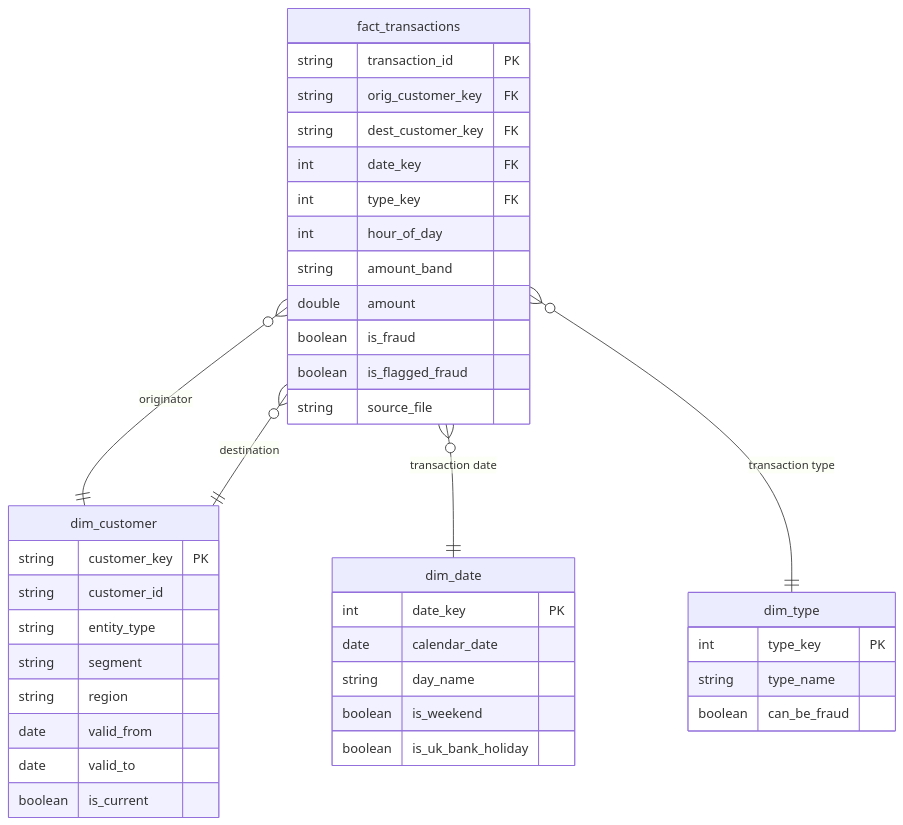
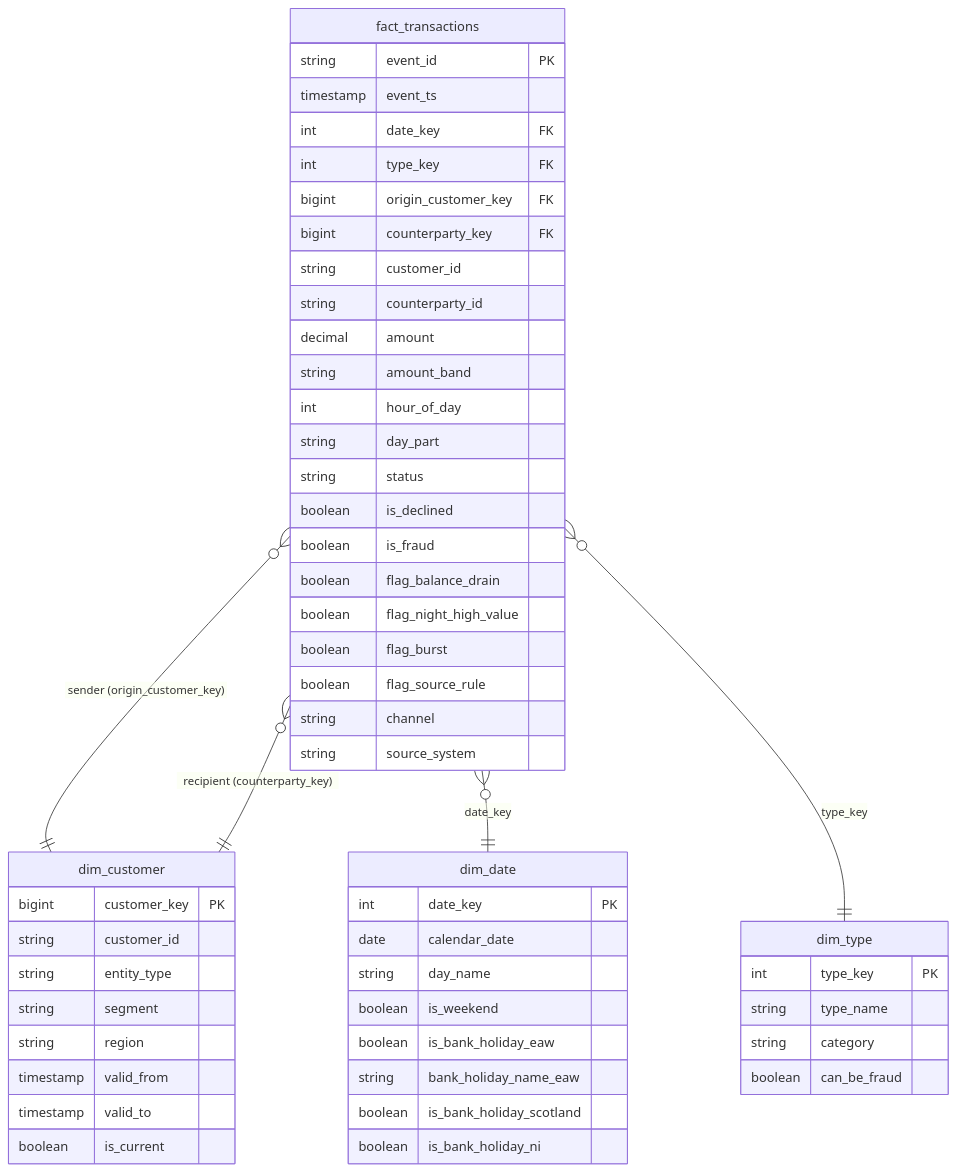
One commit to Babu3097/payments-fraud-lakehouse changed the diagram in docs/data_model.md. Above: the diagram before and after it, drawn with Mermaid. The commit also changed other lines of this file and 8 other files, not shown here.

````diff
--- a/docs/data_model.md
+++ b/docs/data_model.md
@@ -16,43 +18,57 @@
 ```mermaid
 erDiagram
-    fact_transactions }o--|| dim_customer : "originator"
-    fact_transactions }o--|| dim_customer : "destination"
-    fact_transactions }o--|| dim_date : "transaction date"
-    fact_transactions }o--|| dim_type : "transaction type"
+    fact_transactions }o--|| dim_customer : "sender (origin_customer_key)"
+    fact_transactions }o--|| dim_customer : "recipient (counterparty_key)"
+    fact_transactions }o--|| dim_date : "date_key"
+    fact_transactions }o--|| dim_type : "type_key"
 
     fact_transactions {
-        string transaction_id PK
-        string orig_customer_key FK
-        string dest_customer_key FK
+        string event_id PK
+        timestamp event_ts
         int date_key FK
         int type_key FK
+        bigint origin_customer_key FK
+        bigint counterparty_key FK
+        string customer_id
+        string counterparty_id
+        decimal amount
+        string amount_band
         int hour_of_day
-        string amount_band
-        double amount
+        string day_part
+        string status
+        boolean is_declined
         boolean is_fraud
-        boolean is_flagged_fraud
-        string source_file
+        boolean flag_balance_drain
+        boolean flag_night_high_value
+        boolean flag_burst
+        boolean flag_source_rule
+        string channel
+        string source_system
     }
     dim_customer {
-        string customer_key PK
+        bigint customer_key PK
         string customer_id
         string entity_type
         string segment
         string region
-        date valid_from
-        date valid_to
+        timestamp valid_from
+        timestamp valid_to
         boolean is_current
     }
     dim_date {
         int date_key PK
         date calendar_date
         string day_name
         boolean is_weekend
-        boolean is_uk_bank_holiday
+        boolean is_bank_holiday_eaw
+        string bank_holiday_name_eaw
+        boolean is_bank_holiday_scotland
+        boolean is_bank_holiday_ni
     }
     dim_type {
         int type_key PK
         string type_name
+        string category
         boolean can_be_fraud
     }
 ```
````
